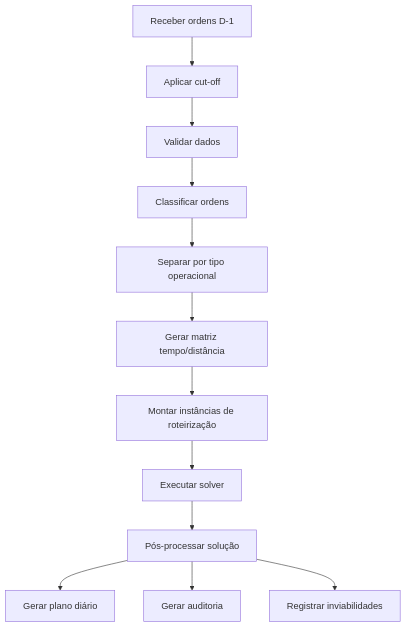
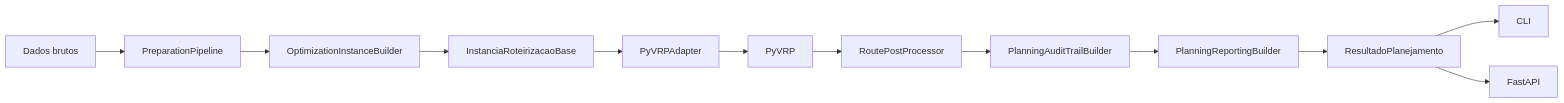
Before and after one commit to ThiagoBibiano/aredes-roteirizacao-numerario: the diagram in README.md, drawn with Mermaid. The commit also changed other lines of this file and 8 other files, not shown here.

````diff
--- a/README.md
+++ b/README.md
@@ -167,14 +54,14 @@
 ```mermaid
-flowchart TD
-    A[Receber ordens D-1] --> B[Aplicar cut-off]
-    B --> C[Validar dados]
-    C --> D[Classificar ordens]
-    D --> E[Separar por tipo operacional]
-    E --> F[Gerar matriz tempo/distância]
-    F --> G[Montar instâncias de roteirização]
-    G --> H[Executar solver]
-    H --> I[Pós-processar solução]
-    I --> J[Gerar plano diário]
-    I --> K[Gerar auditoria]
-    I --> L[Registrar inviabilidades]
+flowchart LR
+    A[Dados brutos] --> B[PreparationPipeline]
+    B --> C[OptimizationInstanceBuilder]
+    C --> D[InstanciaRoteirizacaoBase]
+    D --> E[PyVRPAdapter]
+    E --> F[PyVRP]
+    F --> G[RoutePostProcessor]
+    G --> H[PlanningAuditTrailBuilder]
+    H --> I[PlanningReportingBuilder]
+    I --> J[ResultadoPlanejamento]
+    J --> K[CLI]
+    J --> L[FastAPI]
 ```
````
